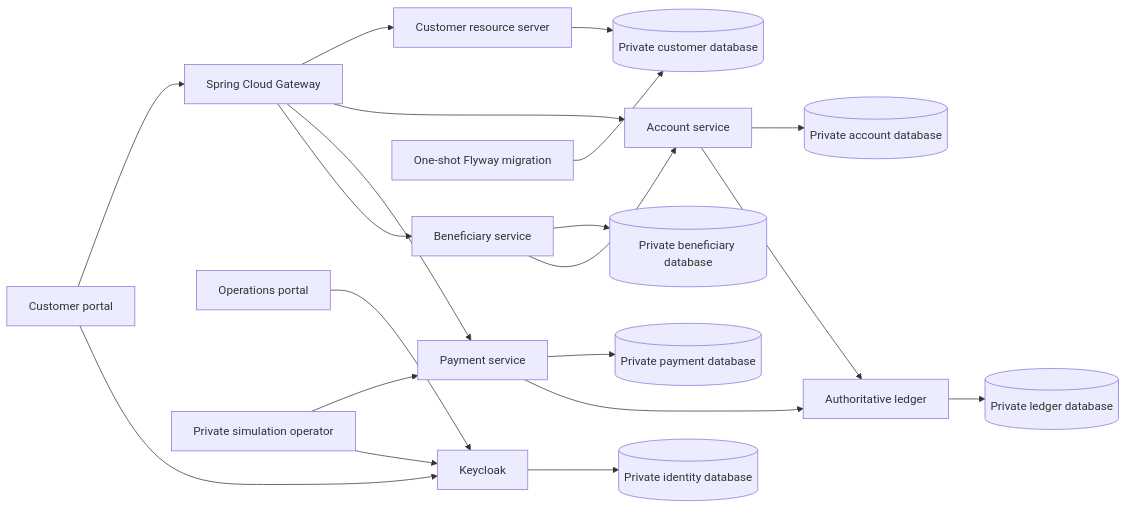
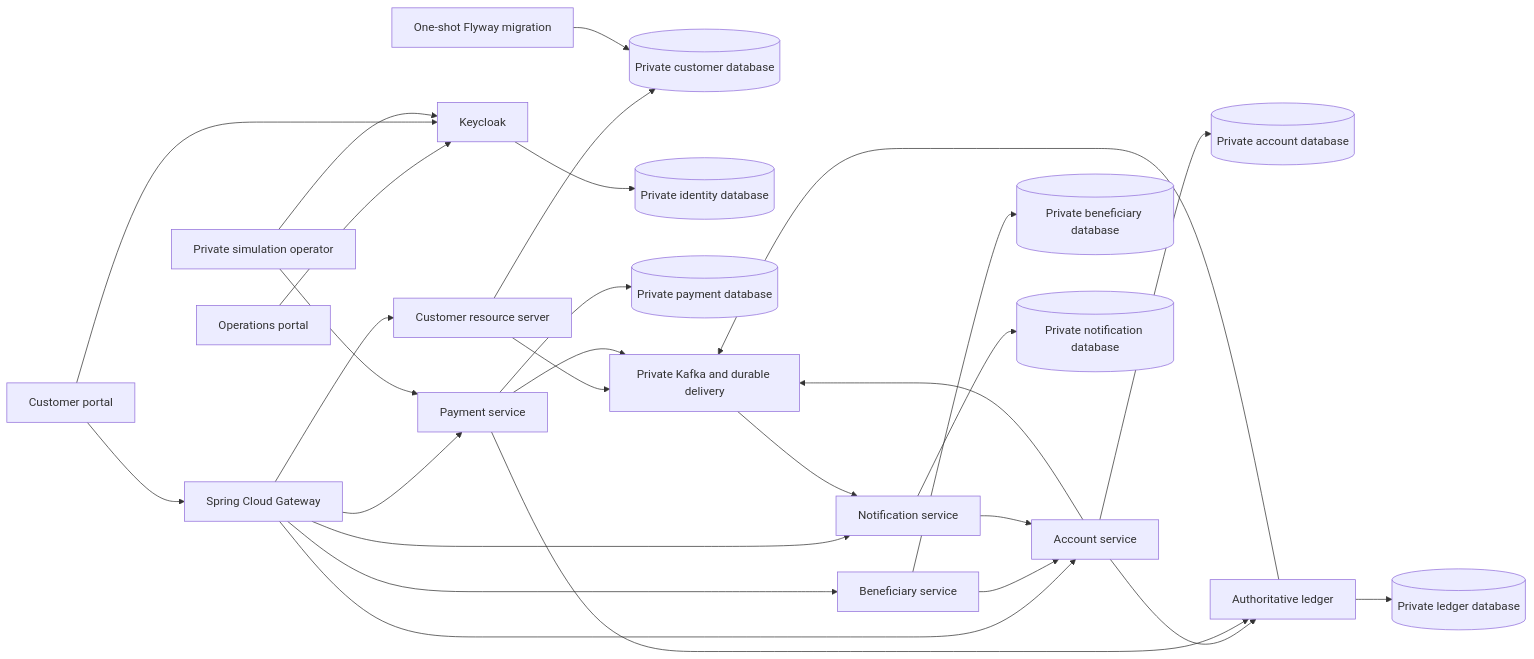
One commit to ABDOUUisHERE/FinCore-Bank changed the diagram in README.md. Above: the diagram before and after it, drawn with Mermaid. The commit also changed other lines of this file and 12 other files, not shown here.

````diff
--- a/README.md
+++ b/README.md
@@ -32,22 +32,30 @@
 ```mermaid
 flowchart LR
   Customer[Customer portal] --> Gateway[Spring Cloud Gateway]
   Admin[Operations portal] --> Keycloak
   Customer --> Keycloak
   Gateway --> Service[Customer resource server]
   Service --> CDB[(Private customer database)]
   Keycloak --> KDB[(Private identity database)]
   Migration[One-shot Flyway migration] --> CDB
   Gateway --> Account[Account service]
   Gateway --> Payment[Payment service]
   Gateway --> Beneficiary[Beneficiary service]
   Beneficiary --> BDB[(Private beneficiary database)]
   Beneficiary --> Account
   Account --> ADB[(Private account database)]
   Payment --> PDB[(Private payment database)]
   Account --> Ledger[Authoritative ledger]
   Payment --> Ledger
   Ledger --> LDB[(Private ledger database)]
+  Gateway --> Notification[Notification service]
+  Notification --> NDB[(Private notification database)]
+  Service --> Kafka[Private Kafka and durable delivery]
+  Account --> Kafka
+  Payment --> Kafka
+  Ledger --> Kafka
+  Kafka --> Notification
+  Notification --> Account
   Operator[Private simulation operator] --> Payment
   Operator --> Keycloak
 ```
````
